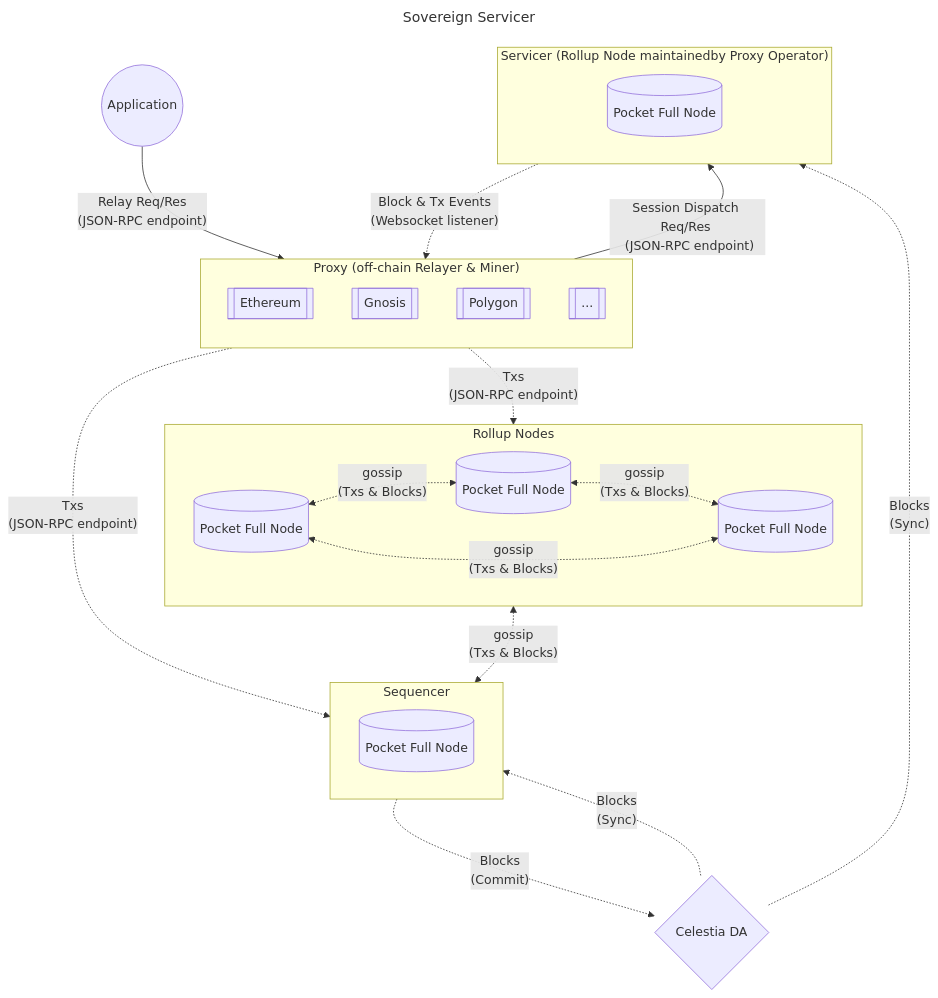
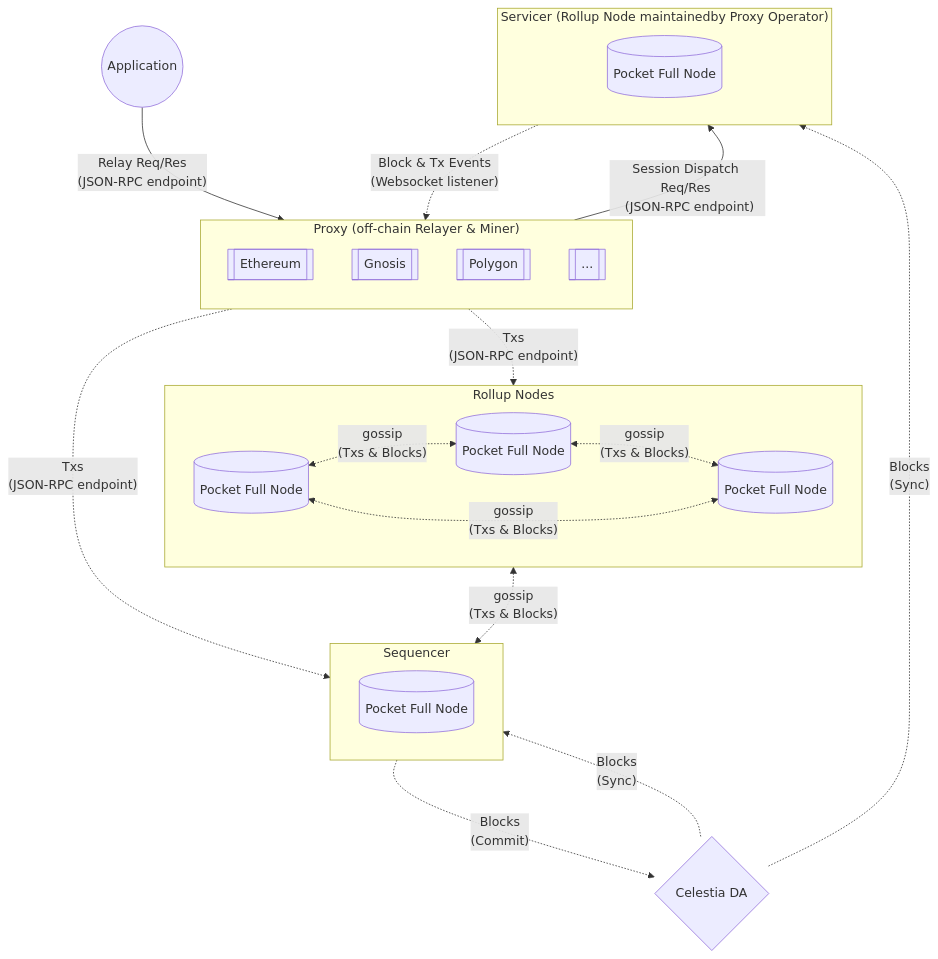
The second of 2 diagrams in docs/nodes.md (pokt-network/poktroll-alpha), drawn with Mermaid before and after one commit. The commit also changed other lines of this file, not shown here.

Commit message:
Remove titles

````diff
--- a/docs/nodes.md
+++ b/docs/nodes.md
@@ -66,38 +63,35 @@
 ```mermaid
----
-title: Sovereign Servicer
----
 flowchart TB
     a(("Application"))
     subgraph prln["Rollup Nodes"]
         pfn1[("Pocket Full Node")]
         pfn2[("Pocket Full Node")]
         pfn3[("Pocket Full Node")]
         pfn1 <-. gossip \n (Txs & Blocks) .-> pfn2
         pfn2 <-. gossip \n (Txs & Blocks) .-> pfn3
         pfn3 <-. gossip \n (Txs & Blocks) .-> pfn1
     end
     subgraph ps["Sequencer"]
         pl1[("Pocket Full Node")]
     end
     subgraph r["Proxy (off-chain Relayer & Miner)"]
         direction TB
         eth[["Ethereum"]]
         gn[["Gnosis"]]
         pg[["Polygon"]]
         etc[["..."]]
     end
     subgraph s["Servicer (Rollup Node maintainedby Proxy Operator) "]
         pl2[("Pocket Full Node")]
     end
     c{"Celestia DA"}
     a -- Relay Req/Res \n (JSON-RPC endpoint) --> r
     s -. Block & Tx Events \n (Websocket listener).-> r
     r -- Session Dispatch Req/Res \n (JSON-RPC endpoint)--> s
     r -. Txs \n (JSON-RPC endpoint).-> prln
     r -. Txs \n (JSON-RPC endpoint).-> ps
     prln <-. gossip \n (Txs & Blocks) .-> ps
     ps -. Blocks\n(Commit) .->c
     c -. Blocks\n(Sync) .-> ps
     c -. Blocks\n(Sync).-> s
 ```
````
